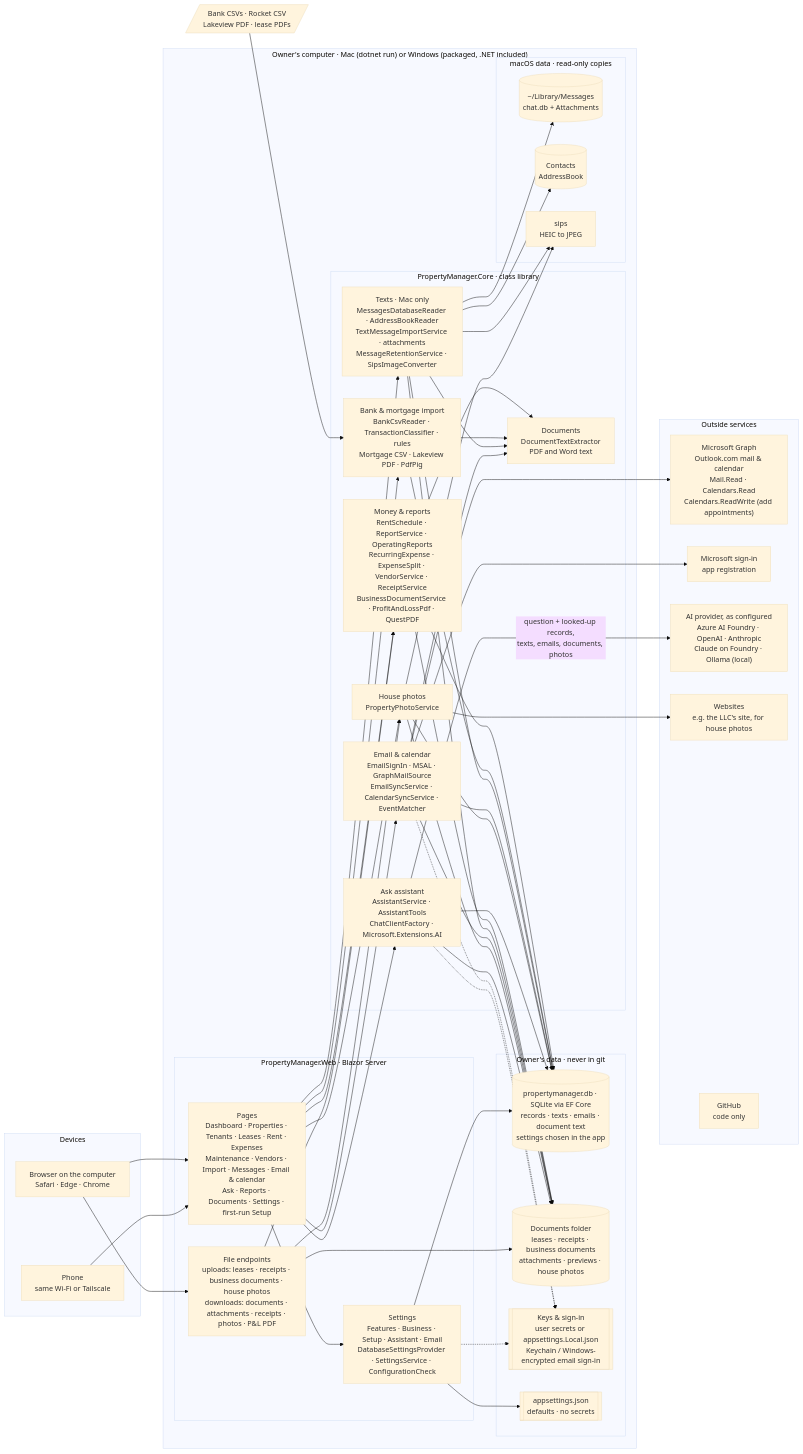
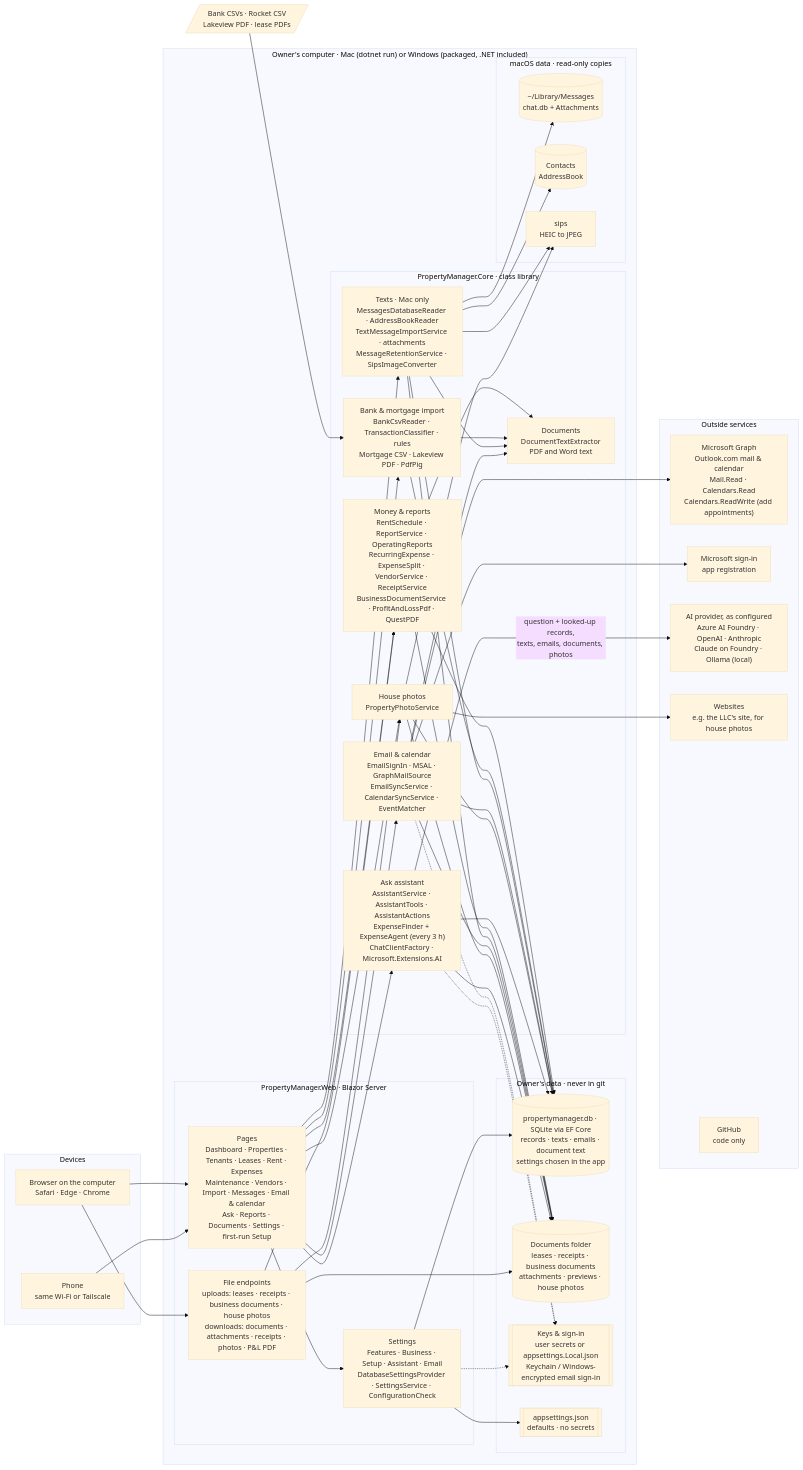
The diagram in docs/architecture.md (shellypayahoo/PropertyManagerTax), drawn with Mermaid (base theme) before and after one commit. The commit also changed 21 other files, not shown here.

```diff
--- a/docs/architecture.md
+++ b/docs/architecture.md
@@ -23,7 +23,7 @@
             EmailCal["Email & calendar<br/>EmailSignIn · MSAL · GraphMailSource<br/>EmailSyncService · CalendarSyncService · EventMatcher"]
             Docs["Documents<br/>DocumentTextExtractor<br/>PDF and Word text"]
             Photos["House photos<br/>PropertyPhotoService"]
-            Assistant["Ask assistant<br/>AssistantService · AssistantTools<br/>ChatClientFactory · Microsoft.Extensions.AI"]
+            Assistant["Ask assistant<br/>AssistantService · AssistantTools · AssistantActions<br/>ExpenseFinder + ExpenseAgent (every 3 h)<br/>ChatClientFactory · Microsoft.Extensions.AI"]
         end
 
         subgraph Storage["Owner's data · never in git"]
```
